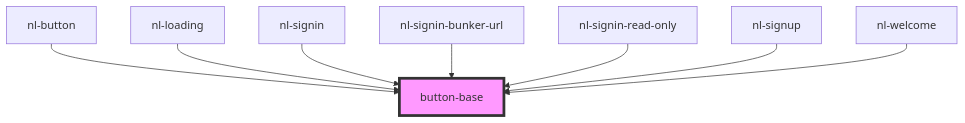
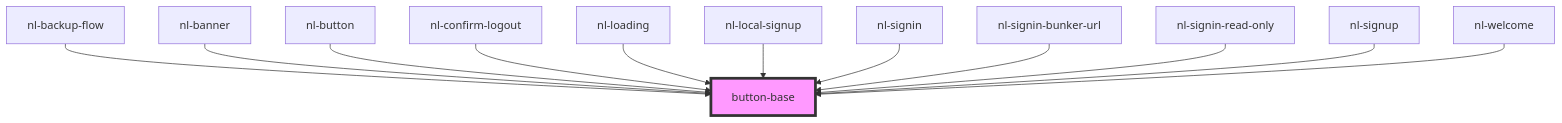
One commit to nostrband/nostr-login changed the diagram in packages/components/src/components/button-base/readme.md. Above: the diagram before and after it, drawn with Mermaid. The commit also changed other lines of this file and 31 other files, not shown here.

Commit message:
Add local signup flow

````diff
--- a/packages/components/src/components/button-base/readme.md
+++ b/packages/components/src/components/button-base/readme.md
@@ -29,11 +33,15 @@
 ```mermaid
 graph TD;
+  nl-backup-flow --> button-base
+  nl-banner --> button-base
   nl-button --> button-base
+  nl-confirm-logout --> button-base
   nl-loading --> button-base
+  nl-local-signup --> button-base
   nl-signin --> button-base
   nl-signin-bunker-url --> button-base
   nl-signin-read-only --> button-base
   nl-signup --> button-base
   nl-welcome --> button-base
   style button-base fill:#f9f,stroke:#333,stroke-width:4px
 ```
````
